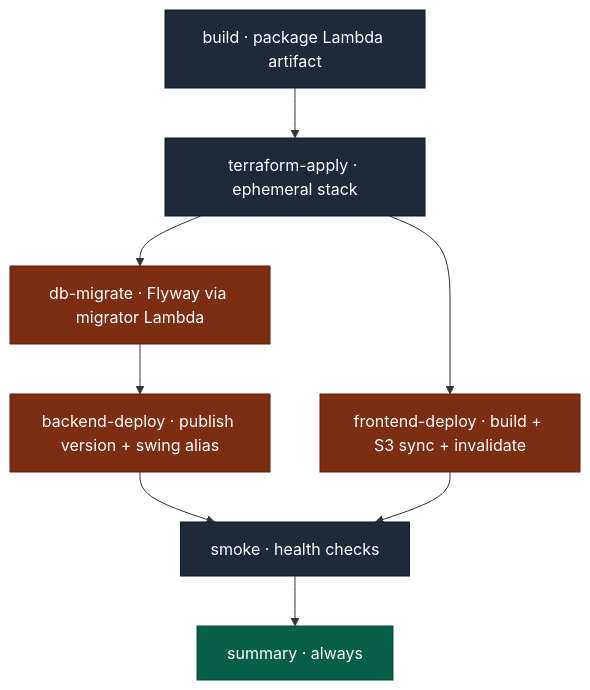
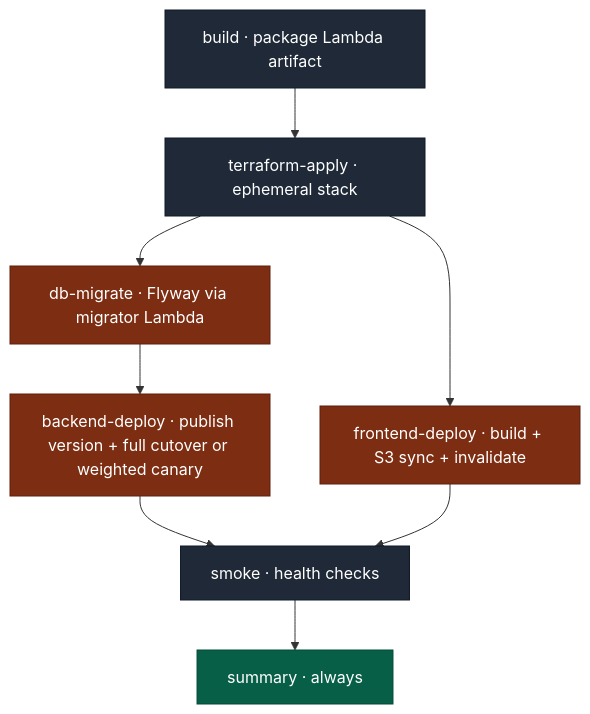
The second of 2 diagrams in infra/README.md (koonliang/stocktracker), drawn with Mermaid before and after one commit. The commit also changed other lines of this file and 3 other files, not shown here.

Commit message:
added canary feature for backend lambda (#27)

````diff
--- a/infra/README.md
+++ b/infra/README.md
@@ -246,19 +259,19 @@
 ```mermaid
 flowchart TD
     classDef job fill:#1f2937,stroke:#111827,color:#fff
     classDef aws fill:#7c2d12,stroke:#5e1f0c,color:#fff
     classDef terminal fill:#065f46,stroke:#044a37,color:#fff
 
     BUILD["build · package Lambda artifact"]:::job
     APPLY["terraform-apply · ephemeral stack"]:::job
     MIG["db-migrate · Flyway via migrator Lambda"]:::aws
-    BE["backend-deploy · publish version + swing alias"]:::aws
+    BE["backend-deploy · publish version + full cutover or weighted canary"]:::aws
     FE["frontend-deploy · build + S3 sync + invalidate"]:::aws
     SMOKE["smoke · health checks"]:::job
     SUM["summary · always"]:::terminal
 
     BUILD --> APPLY
     APPLY --> MIG --> BE --> SMOKE
     APPLY --> FE --> SMOKE
     SMOKE --> SUM
 ```
````
